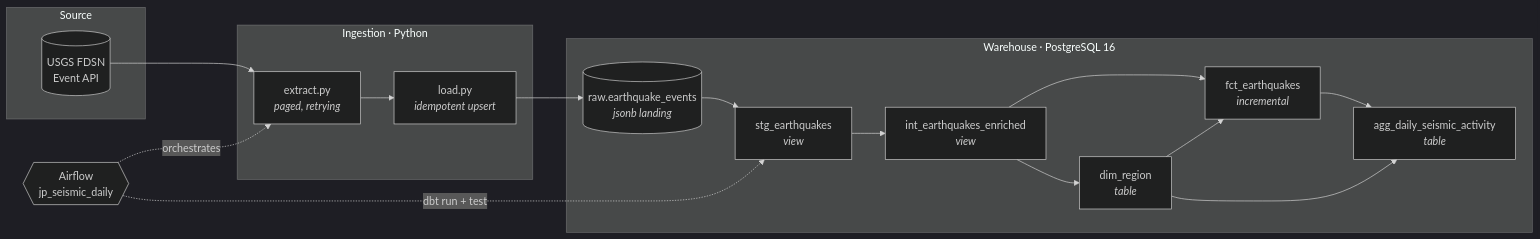
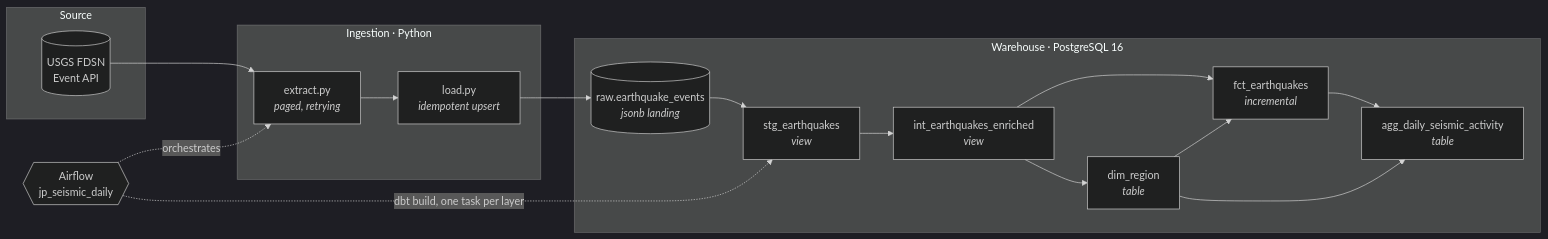
The diagram in README.md (DelusionsMaxxing/jp-seismic-pipeline), drawn with Mermaid (dark theme) before and after one commit. The commit also changed 2 other files, not shown here.

Commit message:
refactor(airflow): run dbt as one build task per layer
One `dbt run` followed by one `dbt test` failed without naming the model or
the layer, and deferred every test until after the marts were already built
on top of whatever broke.

Each layer is now its own `dbt build --select path:models/<layer>` task, so a
layer's tests run against the layer that just built and a red task in the grid
names where the failure is.

````diff
--- a/README.md
+++ b/README.md
@@ -24,31 +24,31 @@
 ```mermaid
 flowchart LR
     subgraph Source
         USGS[("USGS FDSN<br/>Event API")]
     end
 
     subgraph Ingestion["Ingestion · Python"]
         EX["extract.py<br/><i>paged, retrying</i>"]
         LD["load.py<br/><i>idempotent upsert</i>"]
     end
 
     subgraph Warehouse["Warehouse · PostgreSQL 16"]
         RAW[("raw.earthquake_events<br/><i>jsonb landing</i>")]
         STG["stg_earthquakes<br/><i>view</i>"]
         INT["int_earthquakes_enriched<br/><i>view</i>"]
         DIM["dim_region<br/><i>table</i>"]
         FCT["fct_earthquakes<br/><i>incremental</i>"]
         AGG["agg_daily_seismic_activity<br/><i>table</i>"]
     end
 
     USGS --> EX --> LD --> RAW
     RAW --> STG --> INT
     INT --> DIM
     INT --> FCT
     DIM --> FCT
     FCT --> AGG
     DIM --> AGG
 
     AF{{"Airflow<br/>jp_seismic_daily"}} -.orchestrates.-> EX
-    AF -.dbt run + test.-> STG
+    AF -."dbt build, one task per layer".-> STG
 ```
````
